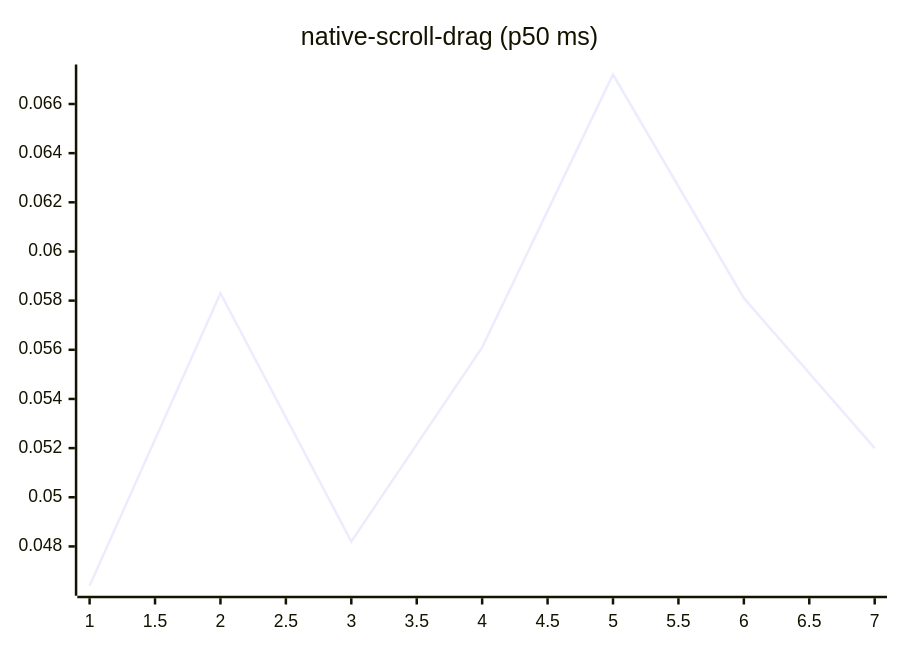
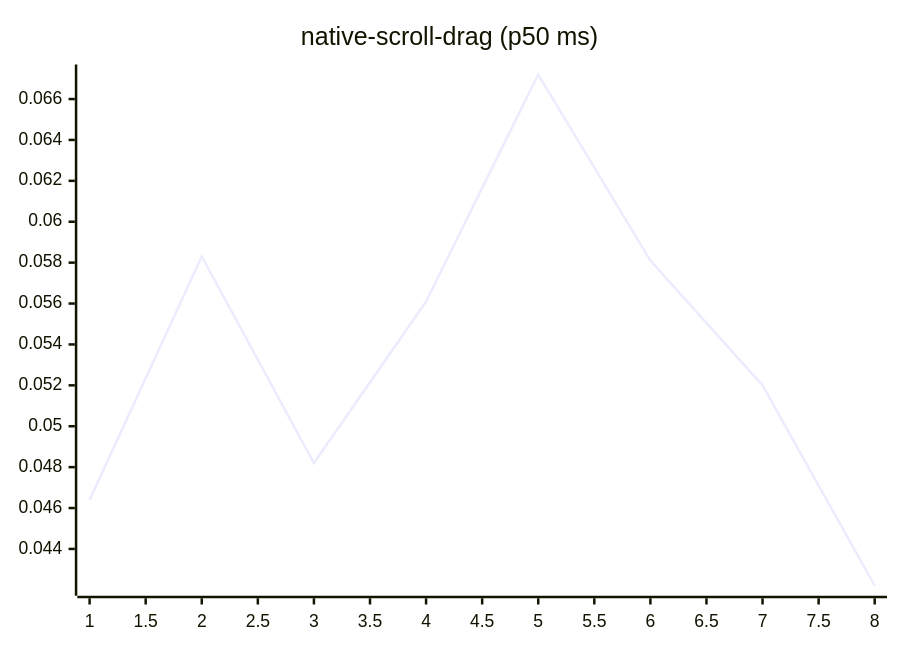
One commit to josha/Facet changed diagram 14 of 27 in README.md. Above: the diagram before and after it, drawn with Mermaid. The commit also changed other lines of this file and 2 other files, not shown here.

````diff
--- a/README.md
+++ b/README.md
@@ -154,6 +154,6 @@
 ```mermaid
 xychart-beta
     title "native-scroll-drag (p50 ms)"
-    x-axis 1 --> 7
-    line [0.0464, 0.0583, 0.0482, 0.0561, 0.0672, 0.0581, 0.0520]
+    x-axis 1 --> 8
+    line [0.0464, 0.0583, 0.0482, 0.0561, 0.0672, 0.0581, 0.0520, 0.0422]
 ```
````
